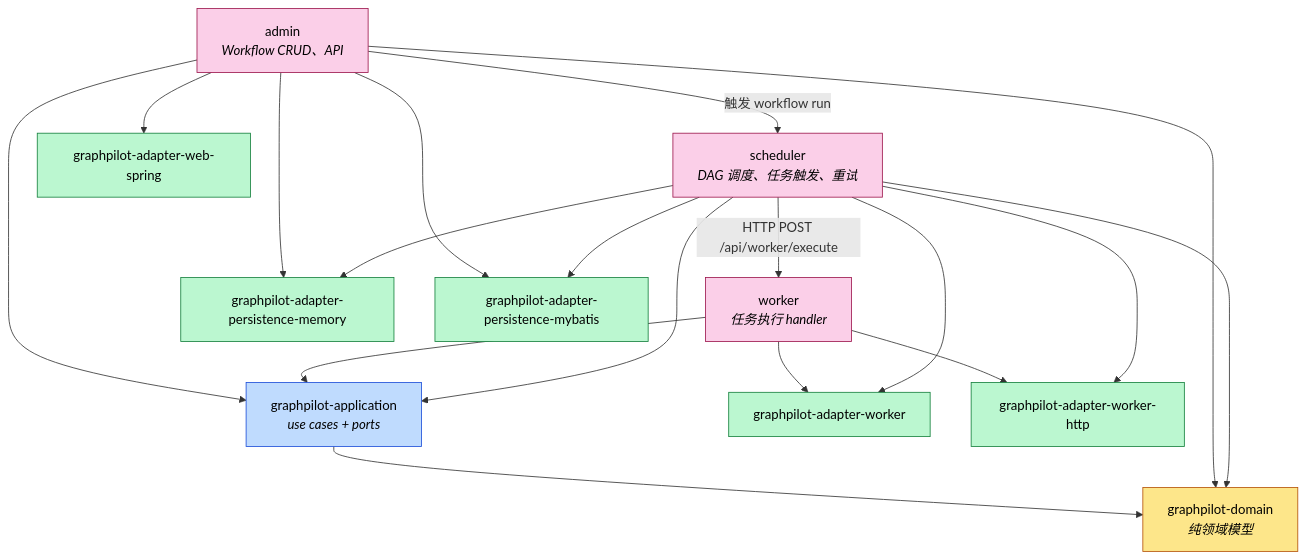
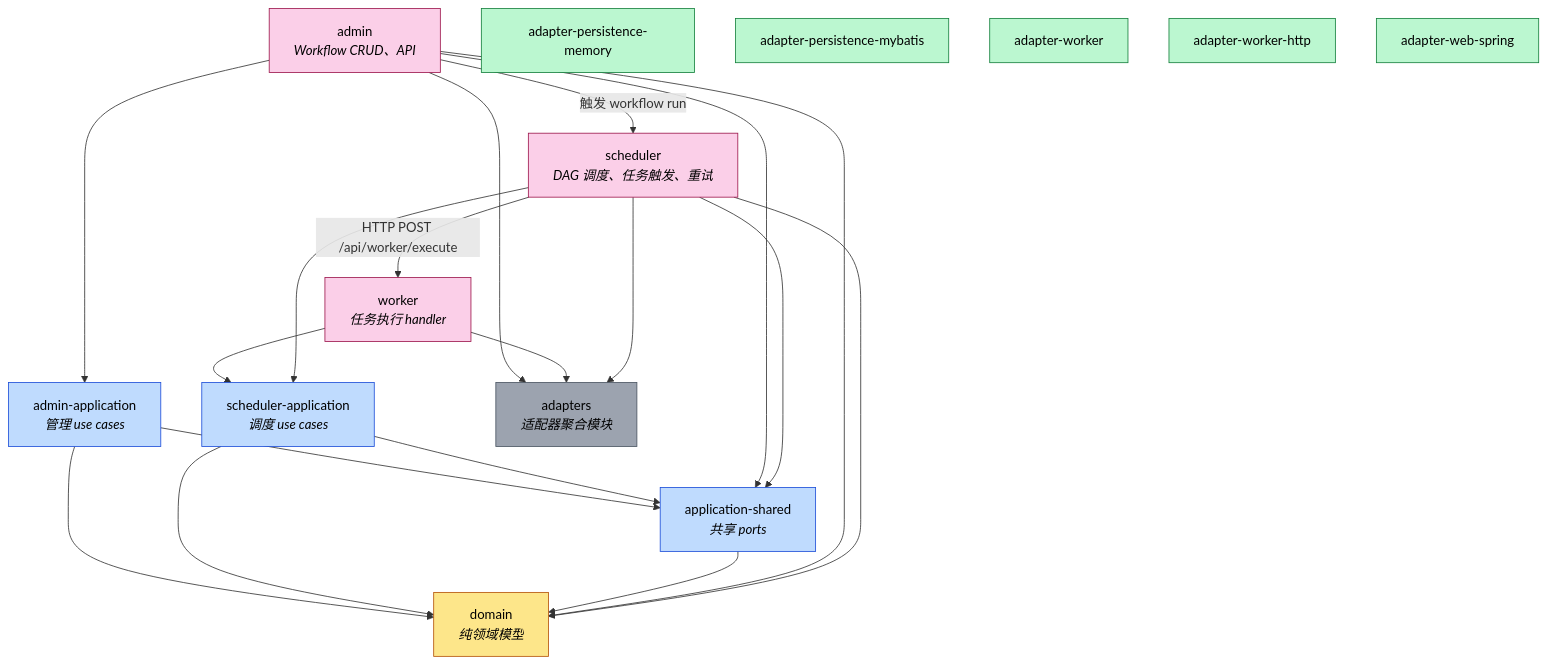
One commit to jack20170608/GraphPilot changed the diagram in docs/architecture/module-dependencies.md. Above: the diagram before and after it, drawn with Mermaid. The commit also changed other lines of this file and 1 other file, not shown here.

Commit message:
docs: update module documentation for new architecture
- Update module-dependencies.md with new module structure:
  - 3 core: scheduler, worker, admin
  - Shared: domain, application-shared, scheduler-application, admin-application
  - Adapters: adapters聚合模块下的5个adapter

- Update overview.md to reflect current architecture:
  - 3核心模块架构
  - 新的模块命名规范
  - 设计原则

````diff
--- a/docs/architecture/module-dependencies.md
+++ b/docs/architecture/module-dependencies.md
@@ -13,54 +13,60 @@
 ```mermaid
 graph TD
     %% 3 核心业务模块
     SCHEDULER["scheduler<br/><i>DAG 调度、任务触发、重试</i>"]
     WORKER["worker<br/><i>任务执行 handler</i>"]
     ADMIN["admin<br/><i>Workflow CRUD、API</i>"]
 
     %% 共享层
-    DOMAIN["graphpilot-domain<br/><i>纯领域模型</i>"]
-    APP["graphpilot-application<br/><i>use cases + ports</i>"]
+    DOMAIN["domain<br/><i>纯领域模型</i>"]
+    APP_SHARED["application-shared<br/><i>共享 ports</i>"]
+    SCHEDULER_APP["scheduler-application<br/><i>调度 use cases</i>"]
+    ADMIN_APP["admin-application<br/><i>管理 use cases</i>"]
 
-    %% 适配器层
-    PERSISTENCE_MEM["graphpilot-adapter-persistence-memory"]
-    PERSISTENCE_MYBATIS["graphpilot-adapter-persistence-mybatis"]
-    ADAPTER_WORKER["graphpilot-adapter-worker"]
-    ADAPTER_WORKER_HTTP["graphpilot-adapter-worker-http"]
-    ADAPTER_WEB["graphpilot-adapter-web-spring"]
+    %% 适配器层（聚合模块）
+    ADAPTERS["adapters<br/><i>适配器聚合模块</i>"]
+    
+    PERSISTENCE_MEM["adapter-persistence-memory"]
+    PERSISTENCE_MYBATIS["adapter-persistence-mybatis"]
+    ADAPTER_WORKER["adapter-worker"]
+    ADAPTER_WORKER_HTTP["adapter-worker-http"]
+    ADAPTER_WEB["adapter-web-spring"]
 
     %% 核心模块之间的通信
     SCHEDULER -- "HTTP POST /api/worker/execute" --> WORKER
     ADMIN -- "触发 workflow run" --> SCHEDULER
 
     %% 每个 core 模块自包含依赖
-    SCHEDULER --> APP
+    SCHEDULER --> SCHEDULER_APP
+    SCHEDULER --> APP_SHARED
     SCHEDULER --> DOMAIN
-    SCHEDULER --> PERSISTENCE_MEM
-    SCHEDULER --> PERSISTENCE_MYBATIS
-    SCHEDULER --> ADAPTER_WORKER
-    SCHEDULER --> ADAPTER_WORKER_HTTP
+    SCHEDULER --> ADAPTERS
 
-    WORKER --> APP
-    WORKER --> ADAPTER_WORKER
-    WORKER --> ADAPTER_WORKER_HTTP
+    WORKER --> SCHEDULER_APP
+    WORKER --> ADAPTERS
 
-    ADMIN --> APP
+    ADMIN --> ADMIN_APP
+    ADMIN --> APP_SHARED
     ADMIN --> DOMAIN
-    ADMIN --> PERSISTENCE_MEM
-    ADMIN --> PERSISTENCE_MYBATIS
-    ADMIN --> ADAPTER_WEB
+    ADMIN --> ADAPTERS
 
     %% 共享层依赖
-    APP --> DOMAIN
+    APP_SHARED --> DOMAIN
+    SCHEDULER_APP --> APP_SHARED
+    SCHEDULER_APP --> DOMAIN
+    ADMIN_APP --> APP_SHARED
+    ADMIN_APP --> DOMAIN
 
     %% 分层样式
     classDef core fill:#fbcfe8,stroke:#9d174d,color:#000
     classDef domain fill:#fde68a,stroke:#b45309,color:#000
     classDef app fill:#bfdbfe,stroke:#1d4ed8,color:#000
+    classDef adapters fill:#9ca3af,stroke:#4b5563,color:#000
     classDef adapter fill:#bbf7d0,stroke:#15803d,color:#000
 
     class SCHEDULER,WORKER,ADMIN core
     class DOMAIN domain
-    class APP app
+    class APP_SHARED,SCHEDULER_APP,ADMIN_APP app
+    class ADAPTERS adapters
     class PERSISTENCE_MEM,PERSISTENCE_MYBATIS,ADAPTER_WORKER,ADAPTER_WORKER_HTTP,ADAPTER_WEB adapter
 ```
````
